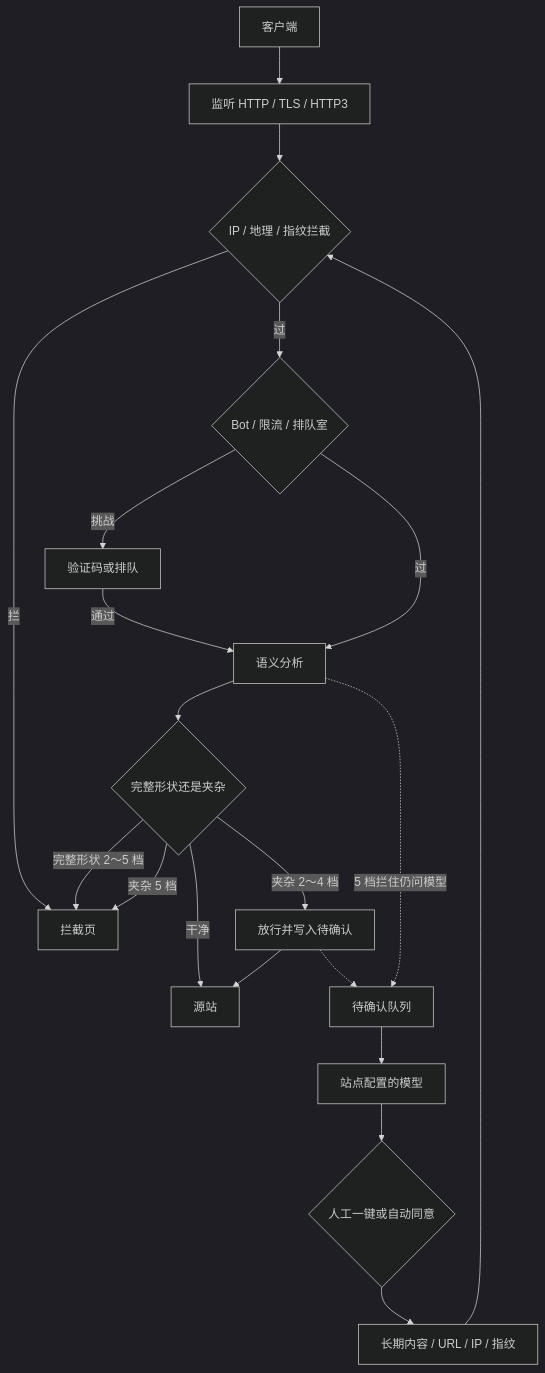
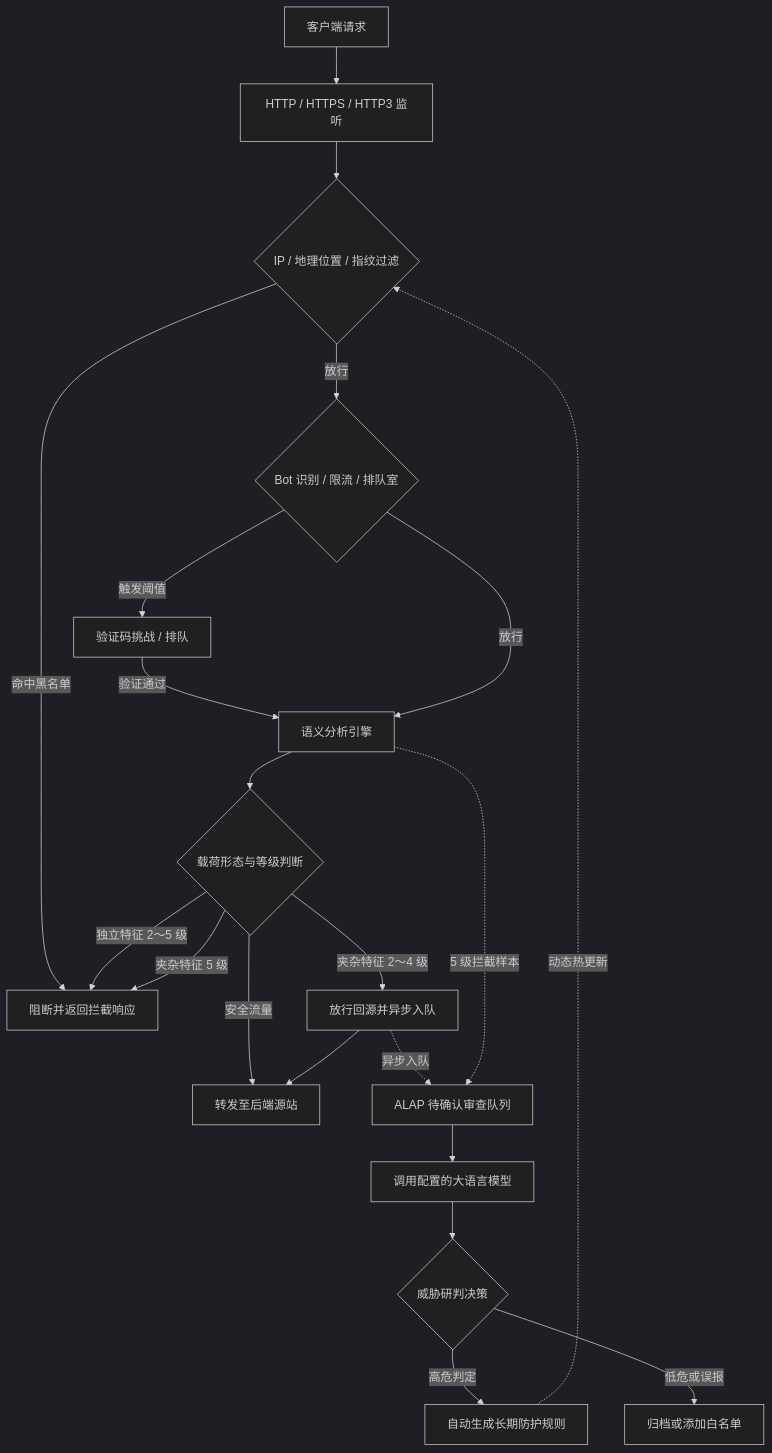
One commit to LaokeQwQ/CheeseWAF changed the diagram in README_CN.md. Above: the diagram before and after it, drawn with Mermaid (dark theme). The commit also changed other lines of this file and 1 other file, not shown here.

````diff
--- a/README_CN.md
+++ b/README_CN.md
@@ -79,22 +80,23 @@
 ```mermaid
 flowchart TB
-  C[客户端] --> L[监听 HTTP / TLS / HTTP3]
-  L --> IP{IP / 地理 / 指纹拦截}
-  IP -->|拦| BP[拦截页]
-  IP -->|过| BOT{Bot / 限流 / 排队室}
-  BOT -->|挑战| CH[验证码或排队]
-  CH -->|通过| SEM
-  BOT -->|过| SEM[语义分析]
-  SEM --> SHAPE{完整形状还是夹杂}
-  SHAPE -->|完整形状 2～5 档| BP
-  SHAPE -->|夹杂 5 档| BP
-  SHAPE -->|夹杂 2～4 档| PASS[放行并写入待确认]
-  SHAPE -->|干净| ORIGIN[源站]
-  PASS --> ORIGIN
-  PASS -.-> Q[待确认队列]
-  SEM -.->|5 档拦住仍问模型| Q
-  Q --> LLM[站点配置的模型]
-  LLM --> DEC{人工一键或自动同意}
-  DEC --> RULE[长期内容 / URL / IP / 指纹]
-  RULE --> IP
+  Client[客户端请求] --> Ingress[HTTP / HTTPS / HTTP3 监听]
+  Ingress --> IP{IP / 地理位置 / 指纹过滤}
+  IP -->|命中黑名单| Block[阻断并返回拦截响应]
+  IP -->|放行| Bot{Bot 识别 / 限流 / 排队室}
+  Bot -->|触发阈值| Challenge[验证码挑战 / 排队]
+  Challenge -->|验证通过| Sem
+  Bot -->|放行| Sem[语义分析引擎]
+  Sem --> Shape{载荷形态与等级判断}
+  Shape -->|独立特征 2～5 级| Block
+  Shape -->|夹杂特征 5 级| Block
+  Shape -->|夹杂特征 2～4 级| Pass[放行回源并异步入队]
+  Shape -->|安全流量| Origin[转发至后端源站]
+  Pass --> Origin
+  Pass -.->|异步入队| Queue[ALAP 待确认审查队列]
+  Sem -.->|5 级拦截样本| Queue
+  Queue --> LLM[调用配置的大语言模型]
+  LLM --> Review{威胁研判决策}
+  Review -->|高危判定| Rule[自动生成长期防护规则]
+  Review -->|低危或误报| Dismiss[归档或添加白名单]
+  Rule -.->|动态热更新| IP
 ```
````
